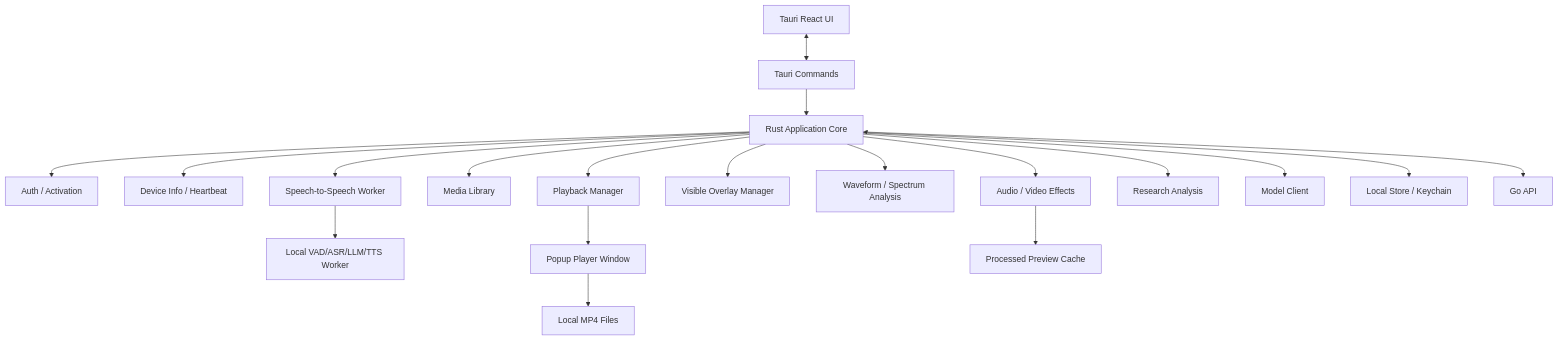
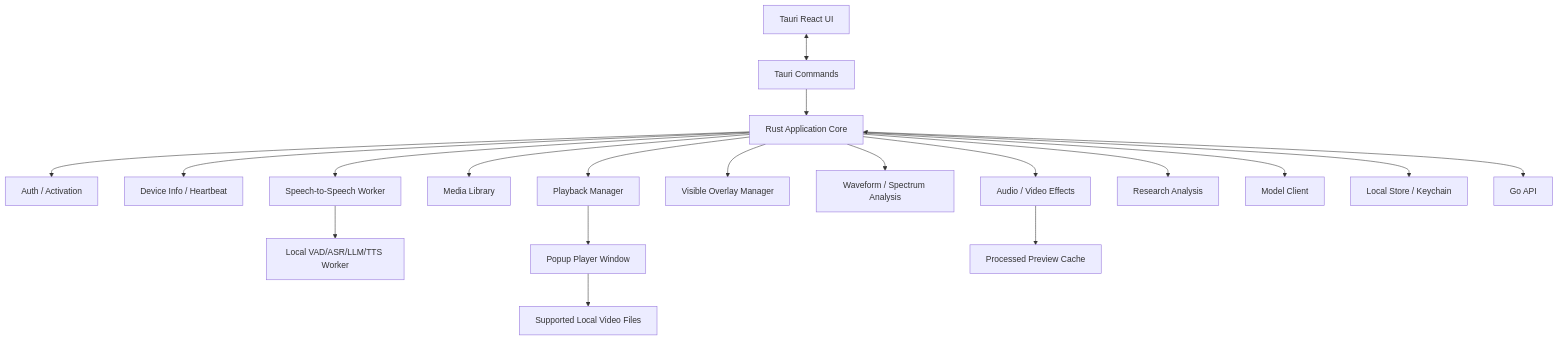
The second of 4 diagrams in 桌面客户端架构.md (asd494235908/autolive), drawn with Mermaid before and after one commit. The commit also changed other lines of this file and 101 other files, not shown here.

````diff
--- a/桌面客户端架构.md
+++ b/桌面客户端架构.md
@@ -117,21 +118,21 @@
 ```mermaid
 flowchart TB
     UI["Tauri React UI"] <--> Commands["Tauri Commands"]
     Commands --> Core["Rust Application Core"]
     Core --> Auth["Auth / Activation"]
     Core --> Device["Device Info / Heartbeat"]
     Core --> Playback["Playback Manager"]
     Core --> Library["Media Library"]
     Core --> Effects["Audio / Video Effects"]
     Core --> Overlay["Visible Overlay Manager"]
     Core --> Analysis["Waveform / Spectrum Analysis"]
     Core --> Speech["Speech-to-Speech Worker"]
     Core --> Research["Research Analysis"]
     Speech --> Worker["Local VAD/ASR/LLM/TTS Worker"]
     Core --> Model["Model Client"]
     Core --> Store["Local Store / Keychain"]
     Playback --> Window["Popup Player Window"]
     Effects --> Cache["Processed Preview Cache"]
     Core <--> API["Go API"]
-    Window --> Files["Local MP4 Files"]
+    Window --> Files["Supported Local Video Files"]
 ```
````
